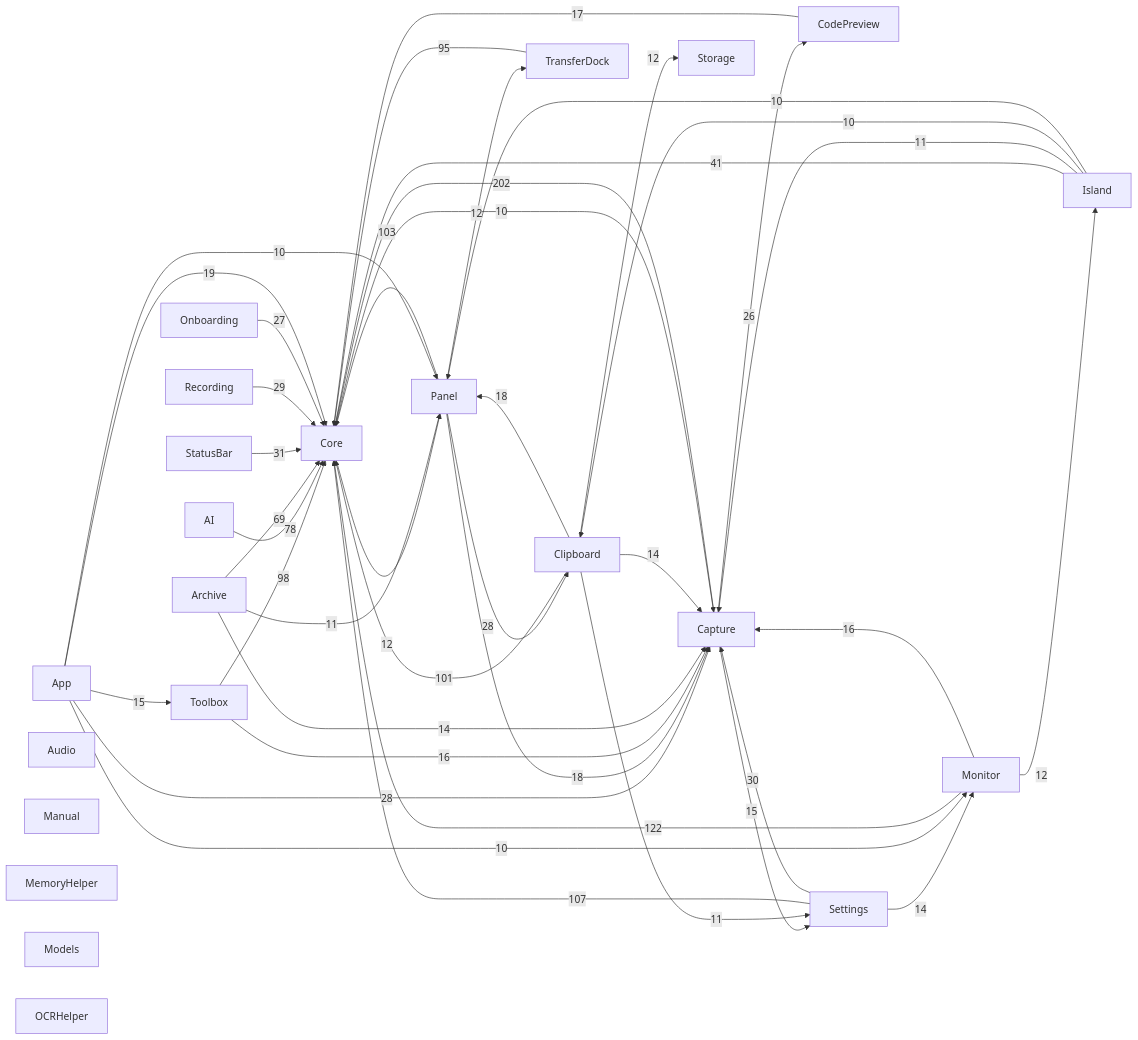
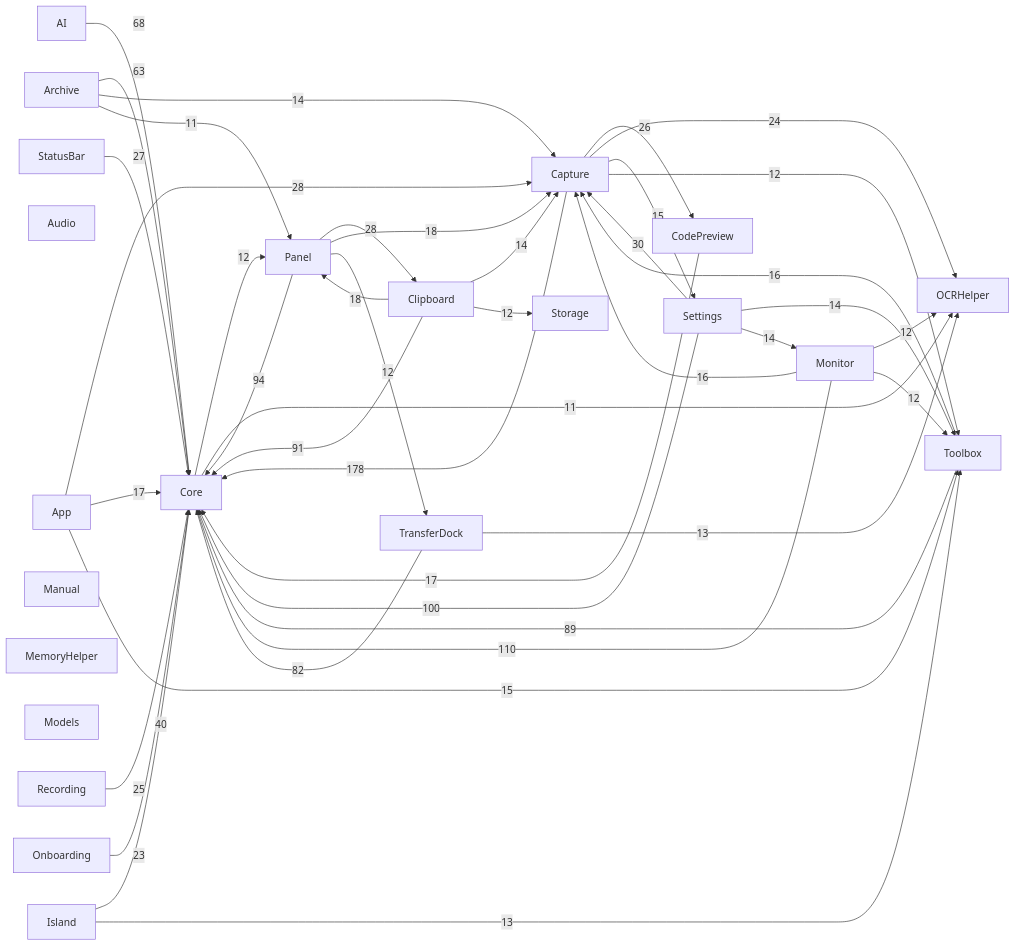
Before and after one commit to sxyq/Kitnest: the diagram in docs/00-总览/模块依赖图.md, drawn with Mermaid. The commit also changed other lines of this file and 4 other files, not shown here.

````diff
--- a/docs/00-总览/模块依赖图.md
+++ b/docs/00-总览/模块依赖图.md
@@ -36,65 +36,65 @@
 ```mermaid
 flowchart LR
   M0["AI"]
   M1["App"]
   M2["Archive"]
   M3["Audio"]
   M4["Capture"]
   M5["Clipboard"]
   M6["CodePreview"]
   M7["Core"]
   M8["Island"]
   M9["Manual"]
   M10["MemoryHelper"]
   M11["Models"]
   M12["Monitor"]
   M13["OCRHelper"]
   M14["Onboarding"]
   M15["Panel"]
   M16["Recording"]
   M17["Settings"]
   M18["StatusBar"]
   M19["Storage"]
   M20["Toolbox"]
   M21["TransferDock"]
-  M4 -->|202| M7
-  M12 -->|122| M7
-  M17 -->|107| M7
-  M15 -->|103| M7
-  M5 -->|101| M7
-  M20 -->|98| M7
-  M21 -->|95| M7
-  M0 -->|78| M7
-  M2 -->|69| M7
-  M8 -->|41| M7
-  M18 -->|31| M7
+  M4 -->|178| M7
+  M12 -->|110| M7
+  M17 -->|100| M7
+  M15 -->|94| M7
+  M5 -->|91| M7
+  M20 -->|89| M7
+  M21 -->|82| M7
+  M0 -->|68| M7
+  M2 -->|63| M7
+  M8 -->|40| M7
   M17 -->|30| M4
-  M16 -->|29| M7
   M1 -->|28| M4
   M15 -->|28| M5
-  M14 -->|27| M7
+  M18 -->|27| M7
   M4 -->|26| M6
-  M1 -->|19| M7
+  M16 -->|25| M7
+  M4 -->|24| M13
+  M14 -->|23| M7
+  M15 -->|18| M4
   M5 -->|18| M15
-  M15 -->|18| M4
+  M1 -->|17| M7
   M6 -->|17| M7
   M12 -->|16| M4
   M20 -->|16| M4
   M1 -->|15| M20
   M4 -->|15| M17
+  M17 -->|14| M20
+  M17 -->|14| M12
   M2 -->|14| M4
   M5 -->|14| M4
-  M17 -->|14| M12
+  M8 -->|13| M20
+  M21 -->|13| M13
   M7 -->|12| M15
+  M4 -->|12| M20
+  M12 -->|12| M13
+  M12 -->|12| M20
+  M15 -->|12| M21
   M5 -->|12| M19
-  M12 -->|12| M8
-  M15 -->|12| M21
+  M7 -->|11| M13
   M2 -->|11| M15
-  M5 -->|11| M17
-  M8 -->|11| M4
-  M1 -->|10| M15
-  M1 -->|10| M12
-  M7 -->|10| M4
-  M8 -->|10| M5
-  M8 -->|10| M15
 ```
````
